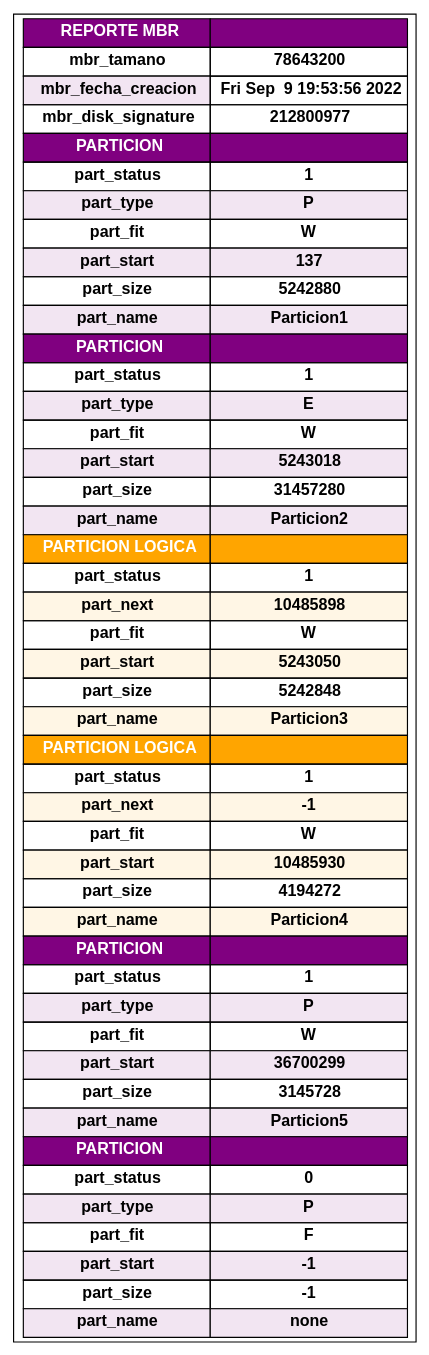
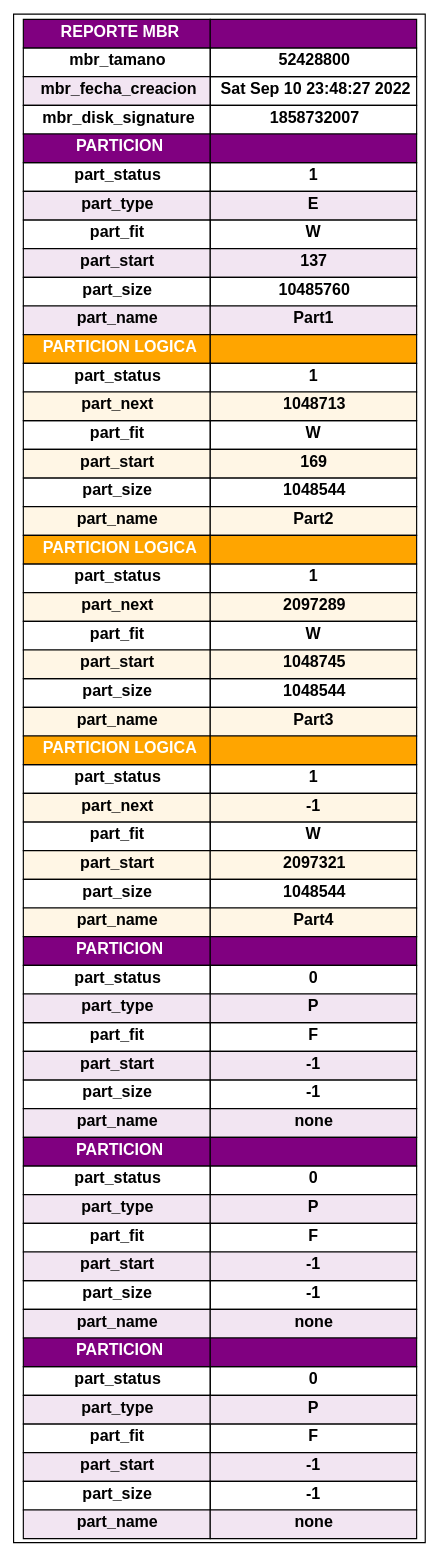
The diagram in auxiliar.dot (Desquivel501/-MIA-PROYECTO1_202010055), drawn with Graphviz before and after one commit. The commit also changed 4 other files, not shown here.

```diff
--- a/auxiliar.dot
+++ b/auxiliar.dot
@@ -1,56 +1,63 @@
 digraph G {
 fontname="Helvetica,Arial,sans-serif"
 node [fontname="Helvetica,Arial,sans-serif"]
 rankdir=TB;
 node [shape=record];
 a[label = <<table border="0" cellborder="1" cellspacing="0" cellpadding="4">
             <tr> <td bgcolor="#800080">  <font color="white"> <b>REPORTE MBR</b> </font> </td> <td bgcolor="#800080"></td> </tr>
-            <tr> <td> <b>mbr_tamano</b> </td> <td> <b>78643200</b> </td> </tr>
-            <tr> <td bgcolor="#f2e5f2"> <b>mbr_fecha_creacion</b> </td> <td> <b>Fri Sep  9 19:53:56 2022
+            <tr> <td> <b>mbr_tamano</b> </td> <td> <b>52428800</b> </td> </tr>
+            <tr> <td bgcolor="#f2e5f2"> <b>mbr_fecha_creacion</b> </td> <td> <b>Sat Sep 10 23:48:27 2022
 </b> </td> </tr>
-            <tr> <td> <b>mbr_disk_signature</b> </td> <td> <b>212800977</b> </td> </tr>
-            <tr> <td bgcolor="#800080">  <font color="white"> <b>PARTICION</b> </font> </td> <td bgcolor="#800080"></td> </tr>
-            <tr> <td> <b>part_status</b> </td> <td> <b>1</b> </td> </tr>
-            <tr> <td bgcolor="#f2e5f2"> <b>part_type</b> </td> <td bgcolor="#f2e5f2"> <b>P</b> </td> </tr>
-            <tr> <td> <b>part_fit</b> </td> <td> <b>W</b> </td> </tr>
-            <tr> <td bgcolor="#f2e5f2"> <b>part_start</b> </td> <td bgcolor="#f2e5f2"> <b>137</b> </td> </tr>
-            <tr> <td> <b>part_size</b> </td> <td> <b>5242880</b> </td> </tr>
-            <tr> <td bgcolor="#f2e5f2"> <b>part_name</b> </td> <td bgcolor="#f2e5f2"> <b>Particion1</b> </td> </tr>
+            <tr> <td> <b>mbr_disk_signature</b> </td> <td> <b>1858732007</b> </td> </tr>
             <tr> <td bgcolor="#800080">  <font color="white"> <b>PARTICION</b> </font> </td> <td bgcolor="#800080"></td> </tr>
             <tr> <td> <b>part_status</b> </td> <td> <b>1</b> </td> </tr>
             <tr> <td bgcolor="#f2e5f2"> <b>part_type</b> </td> <td bgcolor="#f2e5f2"> <b>E</b> </td> </tr>
             <tr> <td> <b>part_fit</b> </td> <td> <b>W</b> </td> </tr>
-            <tr> <td bgcolor="#f2e5f2"> <b>part_start</b> </td> <td bgcolor="#f2e5f2"> <b>5243018</b> </td> </tr>
-            <tr> <td> <b>part_size</b> </td> <td> <b>31457280</b> </td> </tr>
-            <tr> <td bgcolor="#f2e5f2"> <b>part_name</b> </td> <td bgcolor="#f2e5f2"> <b>Particion2</b> </td> </tr>
+            <tr> <td bgcolor="#f2e5f2"> <b>part_start</b> </td> <td bgcolor="#f2e5f2"> <b>137</b> </td> </tr>
+            <tr> <td> <b>part_size</b> </td> <td> <b>10485760</b> </td> </tr>
+            <tr> <td bgcolor="#f2e5f2"> <b>part_name</b> </td> <td bgcolor="#f2e5f2"> <b>Part1</b> </td> </tr>
             <tr> <td bgcolor="#ffa500">  <font color="white"> <b>PARTICION LOGICA</b> </font> </td> <td bgcolor="#ffa500"></td> </tr>
             <tr> <td> <b>part_status</b> </td> <td> <b>1</b> </td> </tr>
-            <tr> <td bgcolor="#fff6e5"> <b>part_next</b> </td> <td bgcolor="#fff6e5"> <b>10485898</b> </td> </tr>
+            <tr> <td bgcolor="#fff6e5"> <b>part_next</b> </td> <td bgcolor="#fff6e5"> <b>1048713</b> </td> </tr>
             <tr> <td> <b>part_fit</b> </td> <td> <b>W</b> </td> </tr>
-            <tr> <td bgcolor="#fff6e5"> <b>part_start</b> </td> <td bgcolor="#fff6e5"> <b>5243050</b> </td> </tr>
-            <tr> <td> <b>part_size</b> </td> <td> <b>5242848</b> </td> </tr>
-            <tr> <td bgcolor="#fff6e5"> <b>part_name</b> </td> <td bgcolor="#fff6e5"> <b>Particion3</b> </td> </tr>
+            <tr> <td bgcolor="#fff6e5"> <b>part_start</b> </td> <td bgcolor="#fff6e5"> <b>169</b> </td> </tr>
+            <tr> <td> <b>part_size</b> </td> <td> <b>1048544</b> </td> </tr>
+            <tr> <td bgcolor="#fff6e5"> <b>part_name</b> </td> <td bgcolor="#fff6e5"> <b>Part2</b> </td> </tr>
+            <tr> <td bgcolor="#ffa500">  <font color="white"> <b>PARTICION LOGICA</b> </font> </td> <td bgcolor="#ffa500"></td> </tr>
+            <tr> <td> <b>part_status</b> </td> <td> <b>1</b> </td> </tr>
+            <tr> <td bgcolor="#fff6e5"> <b>part_next</b> </td> <td bgcolor="#fff6e5"> <b>2097289</b> </td> </tr>
+            <tr> <td> <b>part_fit</b> </td> <td> <b>W</b> </td> </tr>
+            <tr> <td bgcolor="#fff6e5"> <b>part_start</b> </td> <td bgcolor="#fff6e5"> <b>1048745</b> </td> </tr>
+            <tr> <td> <b>part_size</b> </td> <td> <b>1048544</b> </td> </tr>
+            <tr> <td bgcolor="#fff6e5"> <b>part_name</b> </td> <td bgcolor="#fff6e5"> <b>Part3</b> </td> </tr>
             <tr> <td bgcolor="#ffa500">  <font color="white"> <b>PARTICION LOGICA</b> </font> </td> <td bgcolor="#ffa500"></td> </tr>
             <tr> <td> <b>part_status</b> </td> <td> <b>1</b> </td> </tr>
             <tr> <td bgcolor="#fff6e5"> <b>part_next</b> </td> <td bgcolor="#fff6e5"> <b>-1</b> </td> </tr>
             <tr> <td> <b>part_fit</b> </td> <td> <b>W</b> </td> </tr>
-            <tr> <td bgcolor="#fff6e5"> <b>part_start</b> </td> <td bgcolor="#fff6e5"> <b>10485930</b> </td> </tr>
-            <tr> <td> <b>part_size</b> </td> <td> <b>4194272</b> </td> </tr>
-            <tr> <td bgcolor="#fff6e5"> <b>part_name</b> </td> <td bgcolor="#fff6e5"> <b>Particion4</b> </td> </tr>
+            <tr> <td bgcolor="#fff6e5"> <b>part_start</b> </td> <td bgcolor="#fff6e5"> <b>2097321</b> </td> </tr>
+            <tr> <td> <b>part_size</b> </td> <td> <b>1048544</b> </td> </tr>
+            <tr> <td bgcolor="#fff6e5"> <b>part_name</b> </td> <td bgcolor="#fff6e5"> <b>Part4</b> </td> </tr>
             <tr> <td bgcolor="#800080">  <font color="white"> <b>PARTICION</b> </font> </td> <td bgcolor="#800080"></td> </tr>
-            <tr> <td> <b>part_status</b> </td> <td> <b>1</b> </td> </tr>
+            <tr> <td> <b>part_status</b> </td> <td> <b>0</b> </td> </tr>
             <tr> <td bgcolor="#f2e5f2"> <b>part_type</b> </td> <td bgcolor="#f2e5f2"> <b>P</b> </td> </tr>
-            <tr> <td> <b>part_fit</b> </td> <td> <b>W</b> </td> </tr>
-            <tr> <td bgcolor="#f2e5f2"> <b>part_start</b> </td> <td bgcolor="#f2e5f2"> <b>36700299</b> </td> </tr>
-            <tr> <td> <b>part_size</b> </td> <td> <b>3145728</b> </td> </tr>
-            <tr> <td bgcolor="#f2e5f2"> <b>part_name</b> </td> <td bgcolor="#f2e5f2"> <b>Particion5</b> </td> </tr>
+            <tr> <td> <b>part_fit</b> </td> <td> <b>F</b> </td> </tr>
+            <tr> <td bgcolor="#f2e5f2"> <b>part_start</b> </td> <td bgcolor="#f2e5f2"> <b>-1</b> </td> </tr>
+            <tr> <td> <b>part_size</b> </td> <td> <b>-1</b> </td> </tr>
+            <tr> <td bgcolor="#f2e5f2"> <b>part_name</b> </td> <td bgcolor="#f2e5f2"> <b>none</b> </td> </tr>
+            <tr> <td bgcolor="#800080">  <font color="white"> <b>PARTICION</b> </font> </td> <td bgcolor="#800080"></td> </tr>
+            <tr> <td> <b>part_status</b> </td> <td> <b>0</b> </td> </tr>
+            <tr> <td bgcolor="#f2e5f2"> <b>part_type</b> </td> <td bgcolor="#f2e5f2"> <b>P</b> </td> </tr>
+            <tr> <td> <b>part_fit</b> </td> <td> <b>F</b> </td> </tr>
+            <tr> <td bgcolor="#f2e5f2"> <b>part_start</b> </td> <td bgcolor="#f2e5f2"> <b>-1</b> </td> </tr>
+            <tr> <td> <b>part_size</b> </td> <td> <b>-1</b> </td> </tr>
+            <tr> <td bgcolor="#f2e5f2"> <b>part_name</b> </td> <td bgcolor="#f2e5f2"> <b>none</b> </td> </tr>
             <tr> <td bgcolor="#800080">  <font color="white"> <b>PARTICION</b> </font> </td> <td bgcolor="#800080"></td> </tr>
             <tr> <td> <b>part_status</b> </td> <td> <b>0</b> </td> </tr>
             <tr> <td bgcolor="#f2e5f2"> <b>part_type</b> </td> <td bgcolor="#f2e5f2"> <b>P</b> </td> </tr>
             <tr> <td> <b>part_fit</b> </td> <td> <b>F</b> </td> </tr>
             <tr> <td bgcolor="#f2e5f2"> <b>part_start</b> </td> <td bgcolor="#f2e5f2"> <b>-1</b> </td> </tr>
             <tr> <td> <b>part_size</b> </td> <td> <b>-1</b> </td> </tr>
             <tr> <td bgcolor="#f2e5f2"> <b>part_name</b> </td> <td bgcolor="#f2e5f2"> <b>none</b> </td> </tr>
         </table>>
 ]
 }
```
